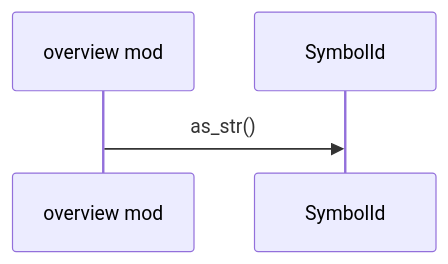
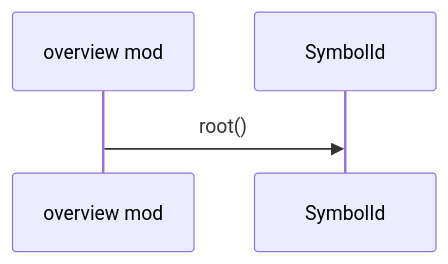
One commit to DreamLab-AI/codemaid changed the third of 9 diagrams in docs/sealmap/crates/sealmap-corpus/src/overview.rs.md. Above: the diagram before and after it, drawn with Mermaid. The commit also changed other lines of this file and 45 other files, not shown here.

First line of the commit message:
docs: regenerate the self-corpus for sym: ids and schema v2

````diff
--- a/docs/sealmap/crates/sealmap-corpus/src/overview.rs.md
+++ b/docs/sealmap/crates/sealmap-corpus/src/overview.rs.md
@@ -69,6 +69,6 @@
 ```mermaid
 sequenceDiagram
   participant sealmap_corpus__overview as overview mod
-  participant sealmap_model__symbol__SymbolId as SymbolId
-  sealmap_corpus__overview->>sealmap_model__symbol__SymbolId: as_str()
+  participant sealmap_model__sym___tSymbolId as SymbolId
+  sealmap_corpus__overview->>sealmap_model__sym___tSymbolId: root()
 ```
````
